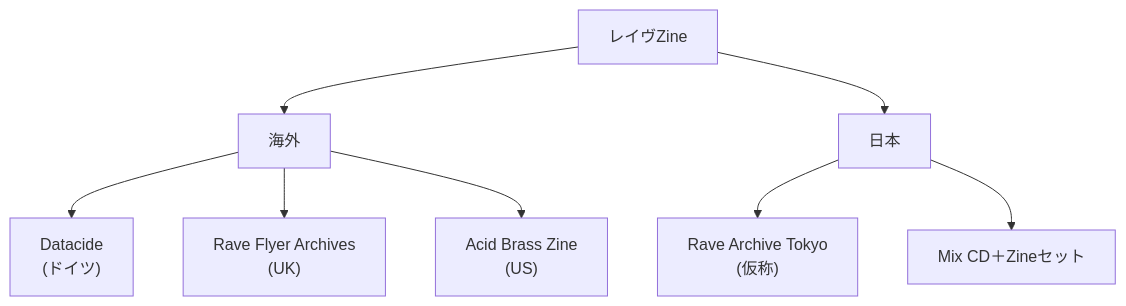
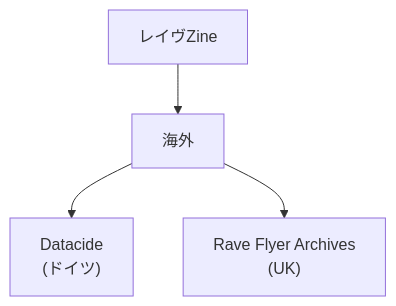
The diagram in _posts/2025-09-29-Column-Rave-Zine-Save.md (monumental-movement/monumental-movement.github.io), drawn with Mermaid before and after one commit. The commit also changed other lines of this file, not shown here.

```diff
--- a/_posts/2025-09-29-Column-Rave-Zine-Save.md
+++ b/_posts/2025-09-29-Column-Rave-Zine-Save.md
@@ -90,13 +90,8 @@
 <div class="mermaid">
 flowchart TD
 
     A["レイヴZine"] --> B["海外"]
-    A --> C["日本"]
     
     B --> B1["Datacide<br>(ドイツ)"]
     B --> B2["Rave Flyer Archives<br>(UK)"]
-    B --> B3["Acid Brass Zine<br>(US)"]
-
-    C --> C1["Rave Archive Tokyo<br>(仮称)"]
-    C --> C2["Mix CD＋Zineセット"]
 </div>
```
